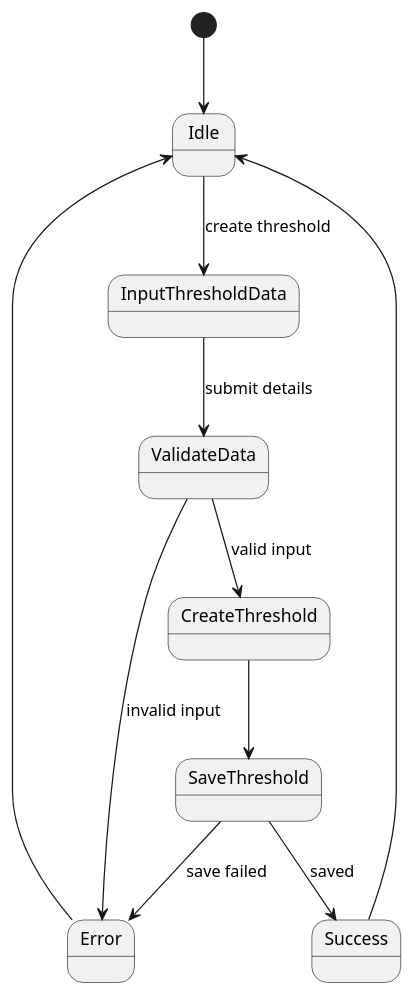
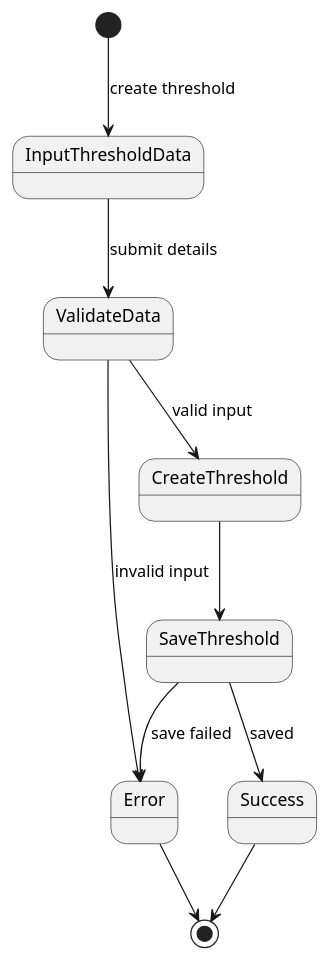
Before and after one commit to harmanpreet-sagar/SFWRENG-3A04-Group6-T01: the diagram in docs/diagrams/plantuml/state/thresh_create_thresh.puml, drawn with PlantUML. The commit also changed 4 other files, not shown here.

Commit message:
fix: Error and success states go to end state and not back to idle

```diff
--- a/docs/diagrams/plantuml/state/thresh_create_thresh.puml
+++ b/docs/diagrams/plantuml/state/thresh_create_thresh.puml
@@ -1,18 +1,16 @@
 @startuml thresh_create_threshold
 
-[*] --> Idle
-
-Idle --> InputThresholdData : create threshold
+[*] --> InputThresholdData : create threshold
 InputThresholdData --> ValidateData : submit details
 
 ValidateData --> Error : invalid input
 ValidateData --> CreateThreshold : valid input
 
 CreateThreshold --> SaveThreshold
 SaveThreshold --> Success : saved
 SaveThreshold --> Error : save failed
 
-Success --> Idle
-Error --> Idle
+Success --> [*]
+Error --> [*]
 
 @enduml
```
